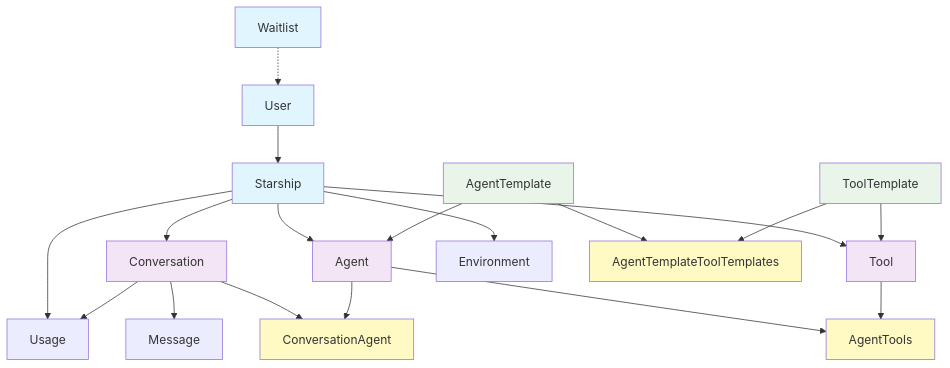
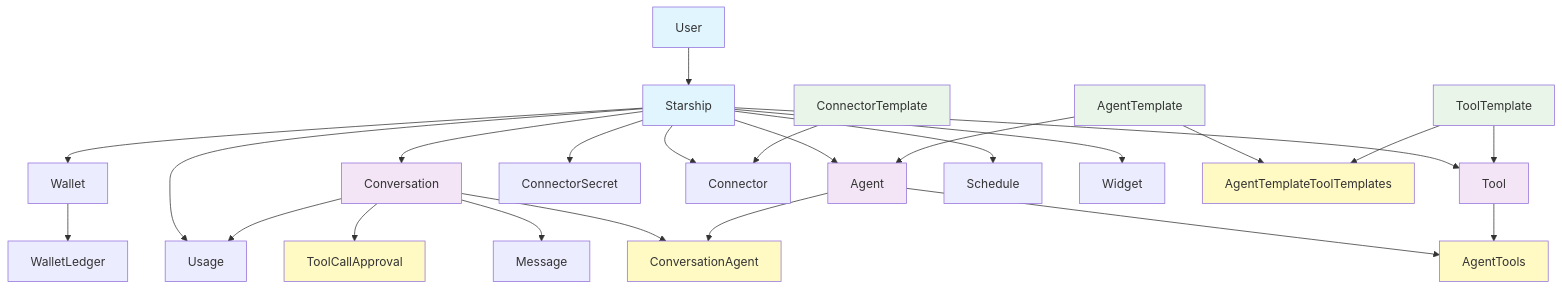
Before and after one commit to theingenuityco/starships.ai: the second of 2 diagrams in docs/er-diagram.md, drawn with Mermaid. The commit also changed other lines of this file, not shown here.

First line of the commit message:
docs: update ER diagram documentation (#556)

````diff
--- a/docs/er-diagram.md
+++ b/docs/er-diagram.md
@@ -211,43 +566,46 @@
 ```mermaid
 graph TD
     %% Core Entities
     U[User] --> S[Starship]
     S --> A[Agent]
     S --> T[Tool]
     S --> C[Conversation]
-    S --> E[Environment]
+    S --> CS[ConnectorSecret]
+    S --> CO[Connector]
+    S --> W[Wallet]
+    S --> SC[Schedule]
+    S --> WD[Widget]
 
     %% Template System
     AT[AgentTemplate] --> A
     TT[ToolTemplate] --> T
+    CT[ConnectorTemplate] --> CO
 
     %% Conversation System
     C --> M[Message]
     C --> CA[ConversationAgent]
     A --> CA
+    C --> TCA[ToolCallApproval]
 
-    %% Usage Tracking
+    %% Usage/Billing Tracking
     S --> US[Usage]
     C --> US
+    W --> WL[WalletLedger]
 
     %% Junction Tables
     A --> AGT[AgentTools]
     T --> AGT
     AT --> ATTT[AgentTemplateToolTemplates]
     TT --> ATTT
-
-    %% Waitlist System
-    WL[Waitlist] -.-> U
 
     %% Styling
     classDef primary fill:#e1f5fe
     classDef secondary fill:#f3e5f5
     classDef system fill:#e8f5e8
     classDef junction fill:#fff9c4
 
     class U,S primary
     class A,T,C secondary
-    class AT,TT system
-    class AGT,ATTT,CA junction
-    class WL primary
+    class AT,TT,CT system
+    class AGT,ATTT,CA,TCA junction
 ```
````
